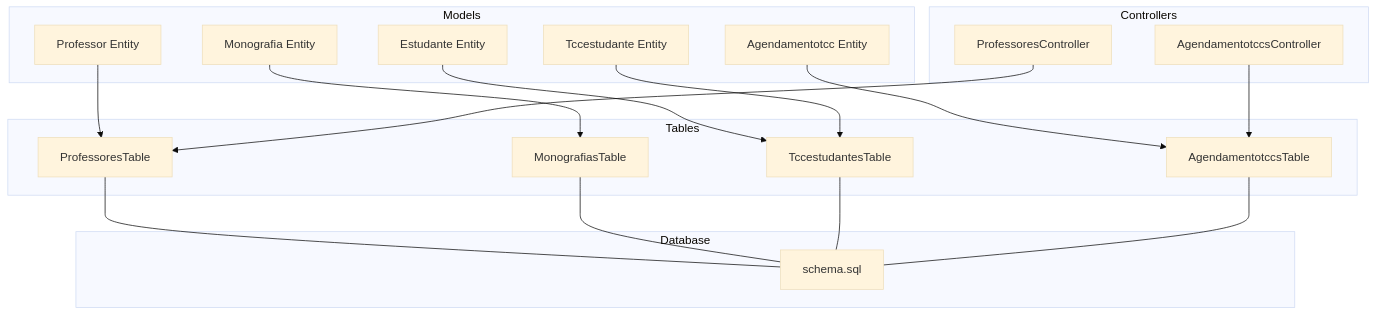
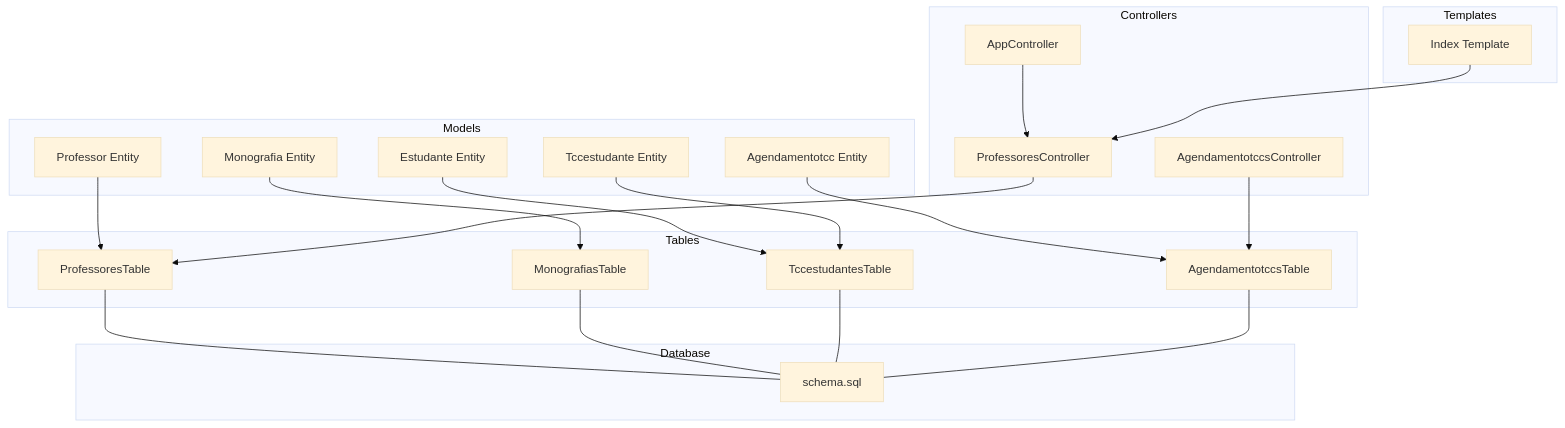
One commit to luiseduacosta/tcc4 changed the first of 7 diagrams in .qoder/repowiki/en/content/Professor and Supervisor Management.md. Above: the diagram before and after it, drawn with Mermaid (base theme). The commit also changed other lines of this file and 5 other files, not shown here.

````diff
--- a/.qoder/repowiki/en/content/Professor and Supervisor Management.md
+++ b/.qoder/repowiki/en/content/Professor and Supervisor Management.md
@@ -49,34 +51,40 @@
 ```mermaid
 graph TB
 subgraph "Models"
 P["Professor Entity"]
 M["Monografia Entity"]
 E["Estudante Entity"]
 T["Tccestudante Entity"]
 A["Agendamentotcc Entity"]
 end
 subgraph "Tables"
 PT["ProfessoresTable"]
 MT["MonografiasTable"]
 TT["TccestudantesTable"]
 AT["AgendamentotccsTable"]
 end
 subgraph "Controllers"
 PC["ProfessoresController"]
 AC["AgendamentotccsController"]
+APP["AppController"]
+end
+subgraph "Templates"
+TI["Index Template"]
 end
 subgraph "Database"
 S["schema.sql"]
 end
 P --> PT
 M --> MT
 E --> TT
 T --> TT
 A --> AT
 PC --> PT
 AC --> AT
+APP --> PC
+TI --> PC
 PT --- S
 MT --- S
 TT --- S
 AT --- S
 ```
````
